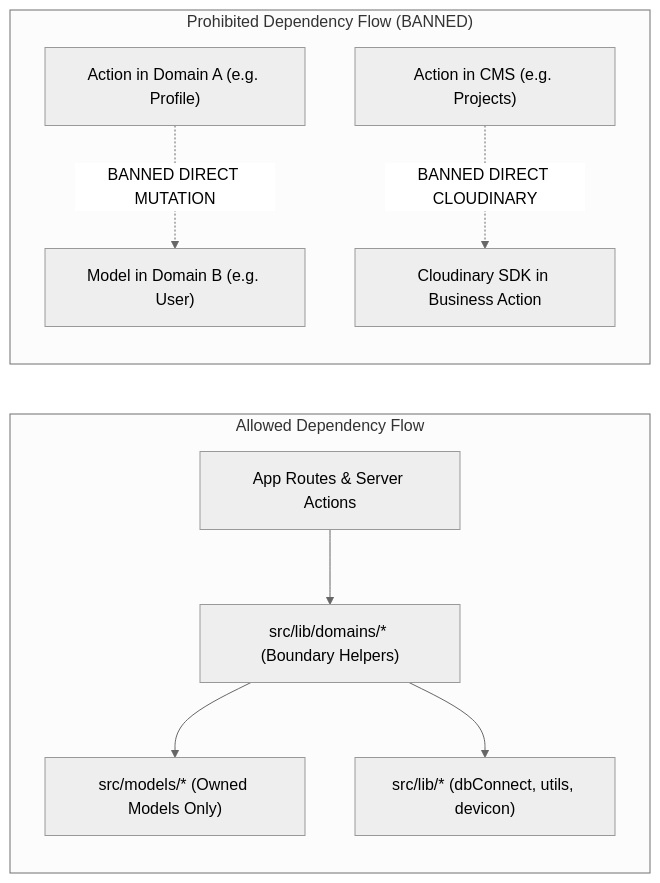
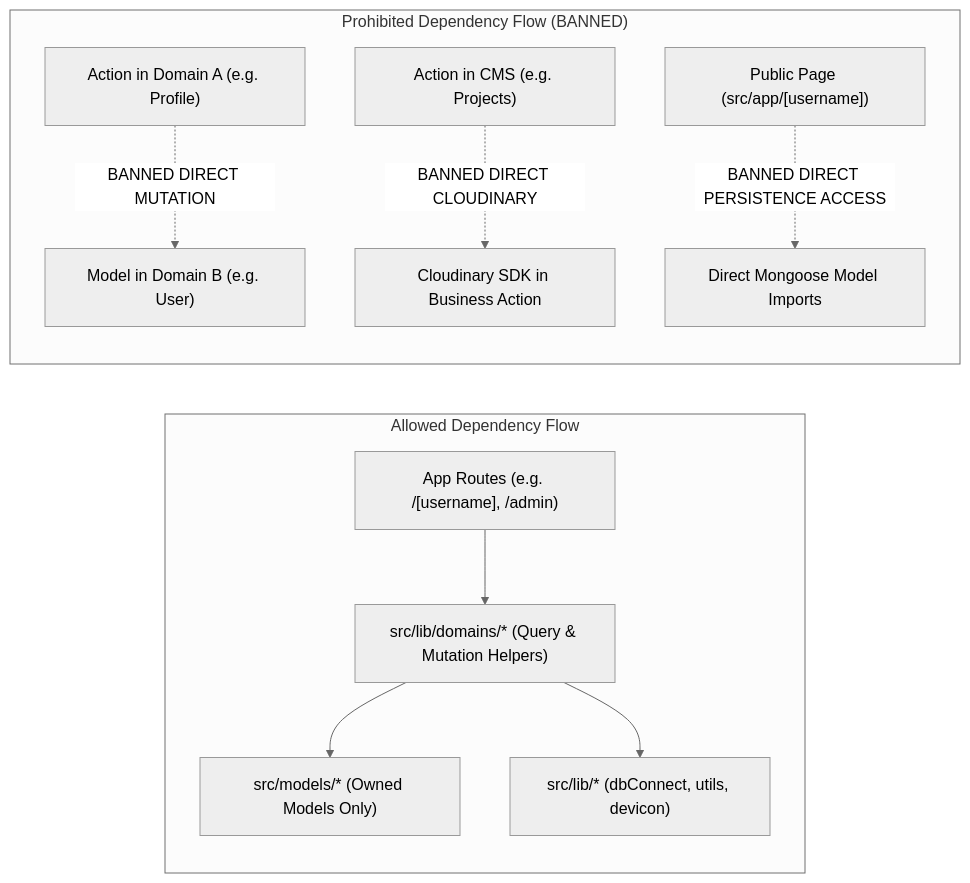
Before and after one commit to harishghorui/modulab-portfolio: the second of 2 diagrams in docs/architecture/DOMAIN_BOUNDARIES.md, drawn with Mermaid (neutral theme). The commit also changed other lines of this file and 2 other files, not shown here.

Commit message:
docs(architecture): align boundaries with public query contract

````diff
--- a/docs/architecture/DOMAIN_BOUNDARIES.md
+++ b/docs/architecture/DOMAIN_BOUNDARIES.md
@@ -55,15 +58,16 @@
 ```mermaid
 flowchart LR
     subgraph Allowed["Allowed Dependency Flow"]
         direction TB
-        AppRoutes["App Routes & Server Actions"] --> DomainHelpers["src/lib/domains/* (Boundary Helpers)"]
+        AppRoutes["App Routes (e.g. /[username], /admin)"] --> DomainHelpers["src/lib/domains/* (Query & Mutation Helpers)"]
         DomainHelpers --> OwnedModels["src/models/* (Owned Models Only)"]
         DomainHelpers --> Libs["src/lib/* (dbConnect, utils, devicon)"]
     end
 
     subgraph Prohibited["Prohibited Dependency Flow (BANNED)"]
         direction TB
         BadAction["Action in Domain A (e.g. Profile)"] -.->|BANNED DIRECT MUTATION| ForeignModel["Model in Domain B (e.g. User)"]
         BadCMS["Action in CMS (e.g. Projects)"] -.->|BANNED DIRECT CLOUDINARY| DirectSDK["Cloudinary SDK in Business Action"]
+        BadPublic["Public Page (src/app/[username])"] -.->|BANNED DIRECT PERSISTENCE ACCESS| DirectModels["Direct Mongoose Model Imports"]
     end
 ```
````
